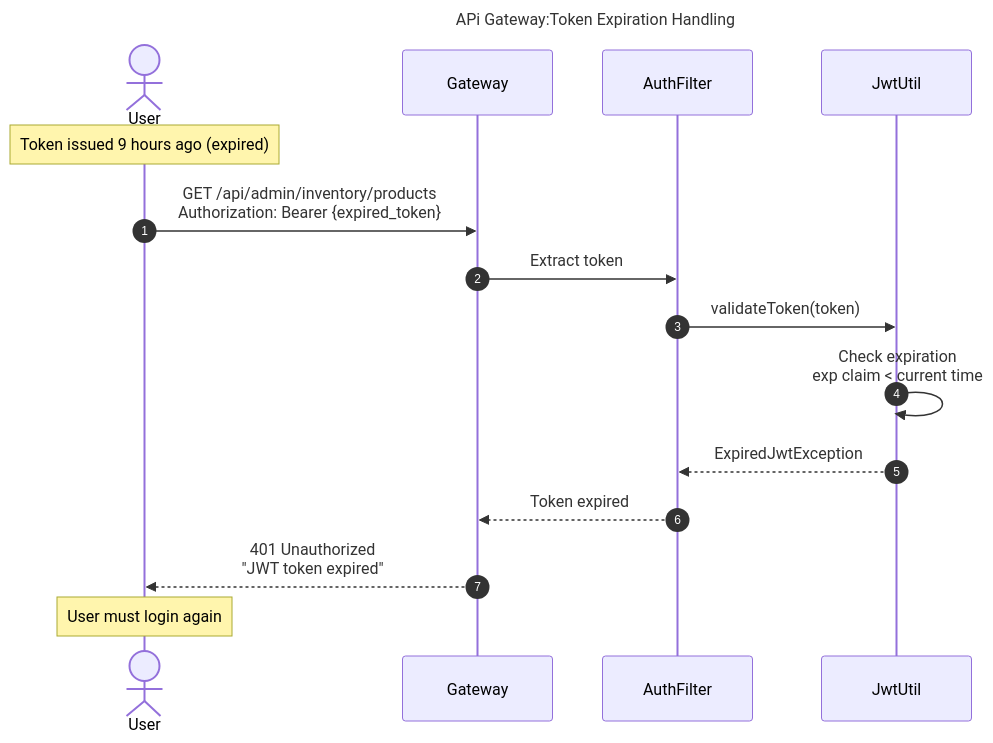
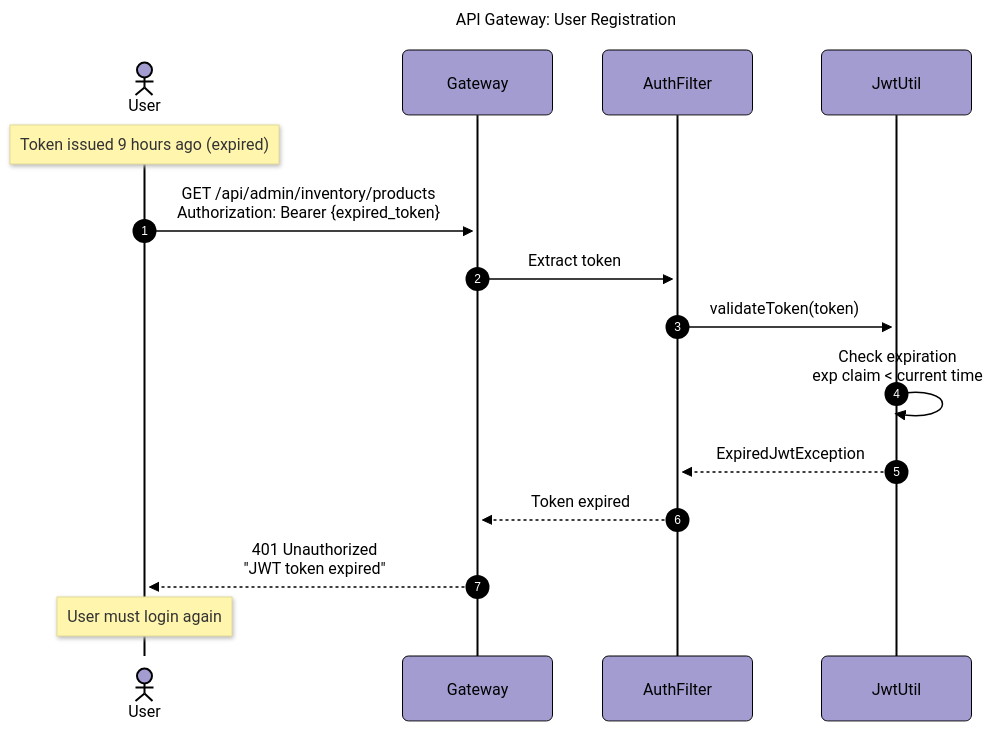
Before and after one commit to BrunoGil-AS/Vending-Machine-Microservices: the fifth of 7 diagrams in Documentation/diagrams/api-gateway.md, drawn with Mermaid. The commit also changed other lines of this file and 7 other files, not shown here.

Commit message:
docs: Update service diagrams with new configurations and titles

````diff
--- a/Documentation/diagrams/api-gateway.md
+++ b/Documentation/diagrams/api-gateway.md
@@ -342,29 +341,36 @@
 ```mermaid
 ---
-title: "APi Gateway:Token Expiration Handling"
-displayMode: compact
 config:
-  theme: default
-  primaryColor: "#61ac61ff"
+  theme: base
+  themeVariables:
+    primaryColor: '#a39cd1ff'
+    primaryTextColor: '#000000'
+    secondaryTextColor: '#ffffffff'
+    primaryBorderColor: '#000000'
+    lineColor: '#000000ff'
+    secondaryColor: '#90b590ff'
+    tertiaryColor: '#f9f6a1ff'
+  look: neo
+title: 'API Gateway: User Registration'
 ---
 sequenceDiagram
     autonumber
     actor User
     participant Gateway
     participant AuthFilter
     participant JwtUtil
 
     Note over User: Token issued 9 hours ago (expired)
 
     User->>Gateway: GET /api/admin/inventory/products<br/>Authorization: Bearer {expired_token}
     Gateway->>AuthFilter: Extract token
 
     AuthFilter->>JwtUtil: validateToken(token)
     JwtUtil->>JwtUtil: Check expiration<br/>exp claim < current time
     JwtUtil-->>AuthFilter: ExpiredJwtException
 
     AuthFilter-->>Gateway: Token expired
     Gateway-->>User: 401 Unauthorized<br/>"JWT token expired"
 
     Note over User: User must login again
 ```
````
